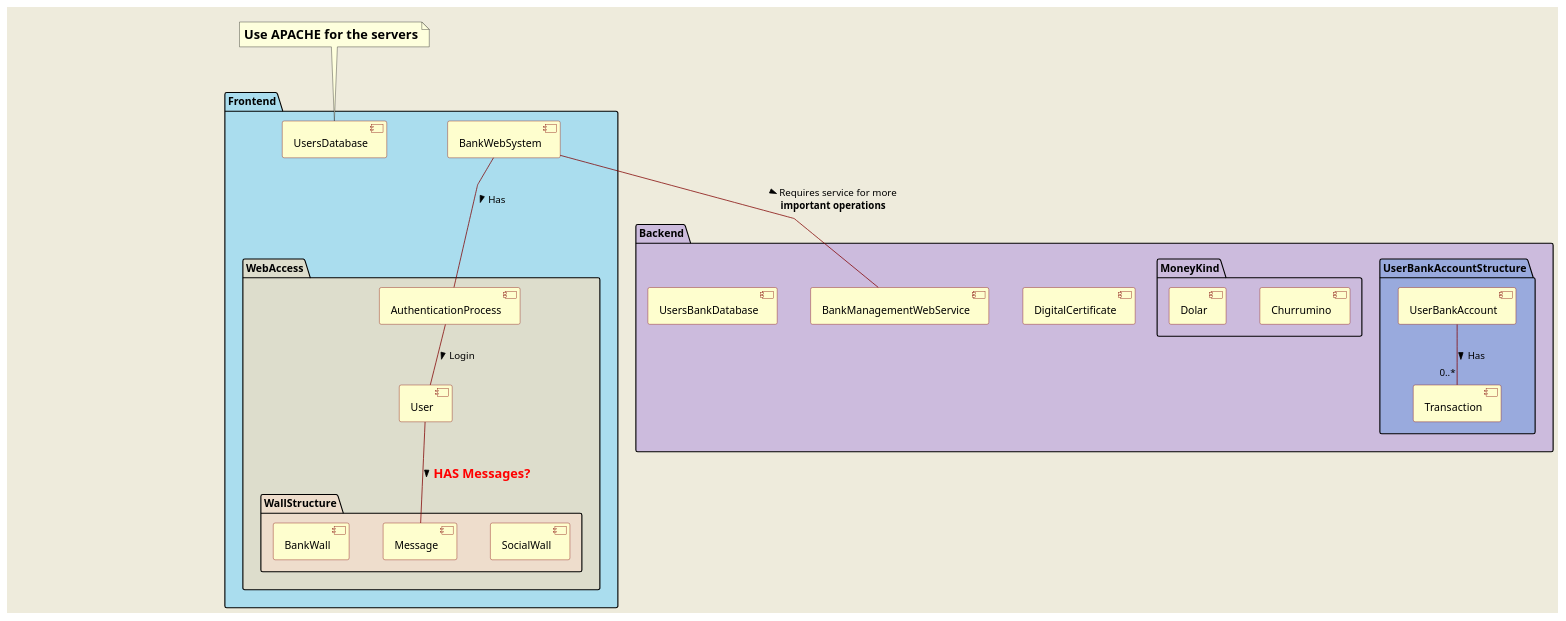
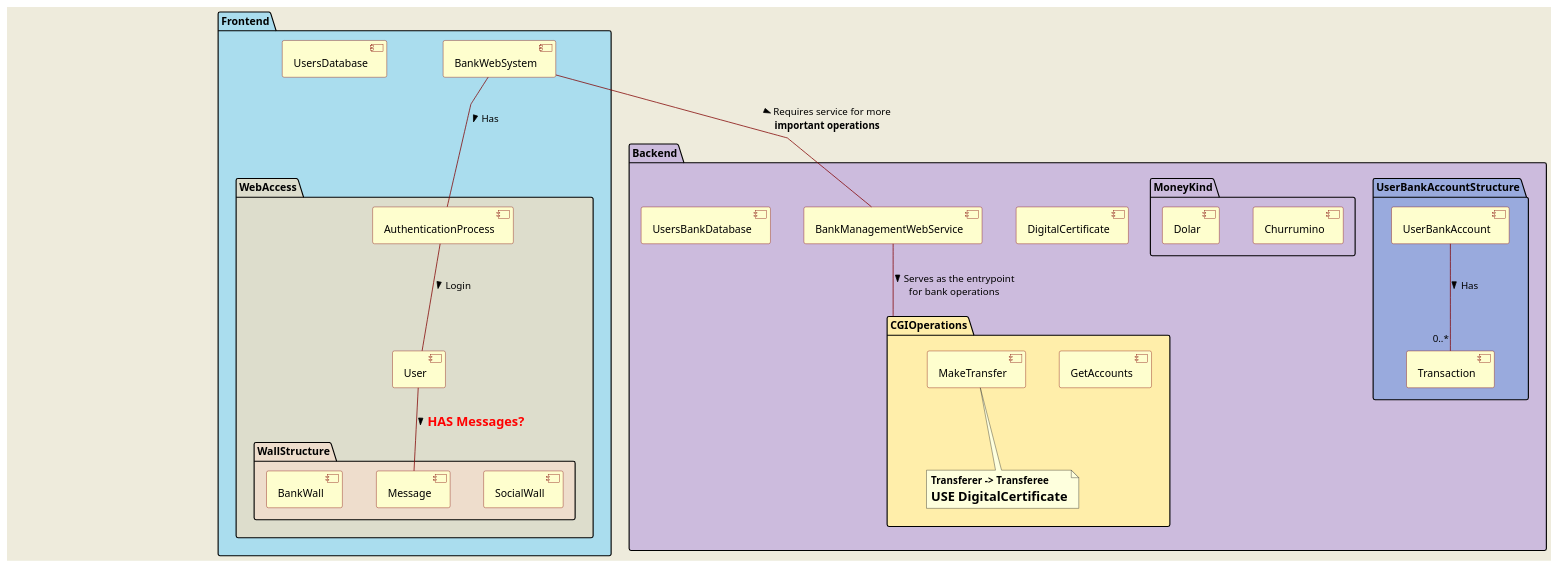
Before and after one commit to CharlieDevel/MyNotes: the diagram in Diagramas/ChurrisDiagramas/ChurrisBanca Diagrama Componentes.puml, drawn with PlantUML. The commit also changed 4 other files, not shown here.

```diff
--- a/Diagramas/ChurrisDiagramas/ChurrisBanca Diagrama Componentes.puml
+++ b/Diagramas/ChurrisDiagramas/ChurrisBanca Diagrama Componentes.puml
@@ -1,70 +1,78 @@
 @startuml
 
 'https://plantuml.com/component-diagram
 Skinparam backgroundColor #EEEBDC
 'skinparam componentStyle uml1
 skinparam linetype polyline
 'skinparam linetype ortho
 skinparam Nodesep 45
 'skinparam Ranksep 45
 skinparam component {
 ArrowColor Maroon
 BorderColor Maroon
 BackgroundColor  #fefece
 }
 
 '//===========================  Layout object, invisible object to maipualte the position of other objects
 skinparam package<<Layout>> {
   borderColor Transparent
   backgroundColor Transparent
   fontColor Transparent
   stereotypeFontColor Transparent
 }
 package layouter <<Layout>>
 package layouter2 <<Layout>>
 package layouter3 <<Layout>>
 '//====
 
 
 package Frontend #ade { 
     [BankWebSystem]
     package WebAccess #ddc {
         [AuthenticationProcess]
         [User]
         package WallStructure #edc {
             [SocialWall]
             [Message]
             [BankWall]
         }
     }
     [UsersDatabase]
 }
-note top
-=Use APACHE for the servers
-end note
 
 package Backend #cbd {
     [DigitalCertificate]
     [BankManagementWebService]
+    package CGIOperations #fea {
+        [GetAccounts]
+        [MakeTransfer]
+        note bottom
+        **Transferer -> Transferee**
+        =USE DigitalCertificate
+        end note
+    }
+
+
     package UserBankAccountStructure #9ad {
         [UserBankAccount]
         [Transaction]
     }
     [UsersBankDatabase]
 
     package MoneyKind {
         [Churrumino]
         [Dolar]
     }
 }
 
 '//===========================  Relationships
 [AuthenticationProcess] -- [User] : > Login
 [User] -- [Message] : > ==<color:Red>HAS Messages?
 
 [BankWebSystem] -- [AuthenticationProcess] : > Has
 
 [UserBankAccount] -- "0..*" [Transaction] : > Has
 
 [BankWebSystem] -- [BankManagementWebService] : > Requires service for more \n**important operations**
+[BankManagementWebService] -- CGIOperations : > Serves as the entrypoint \nfor bank operations
 @enduml
```
